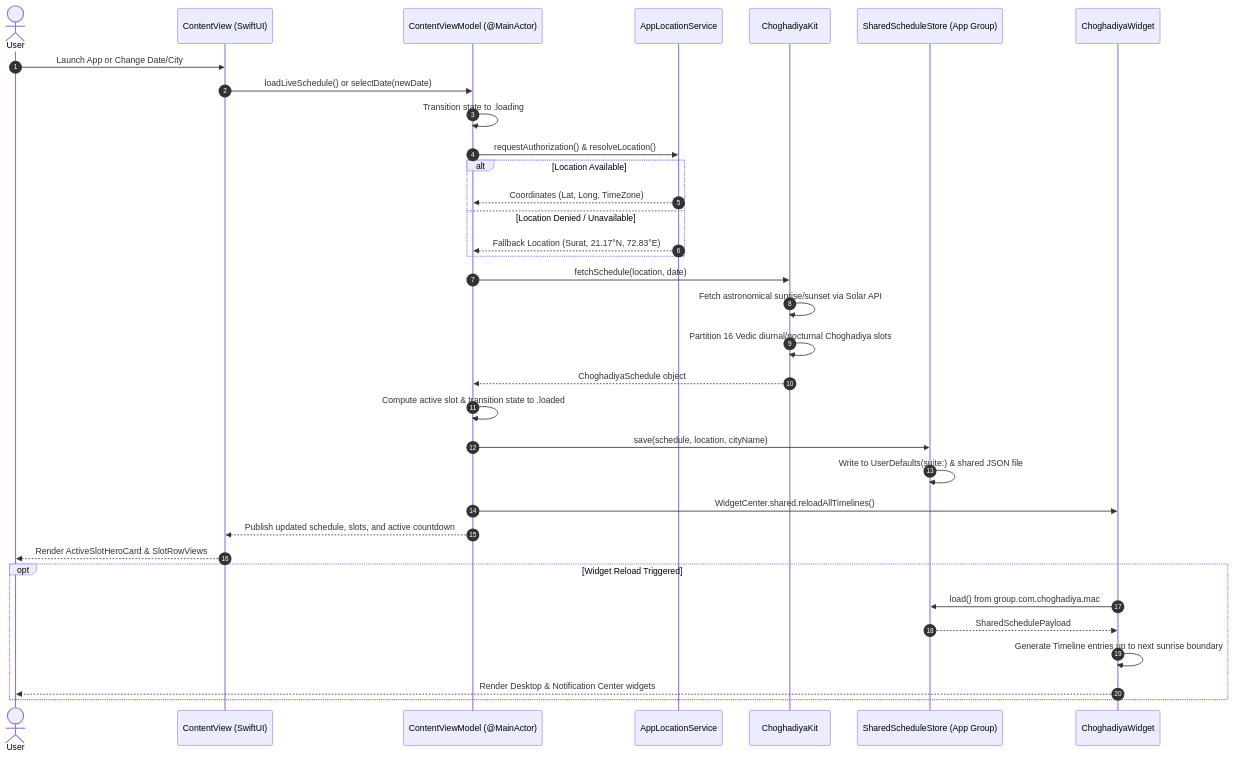
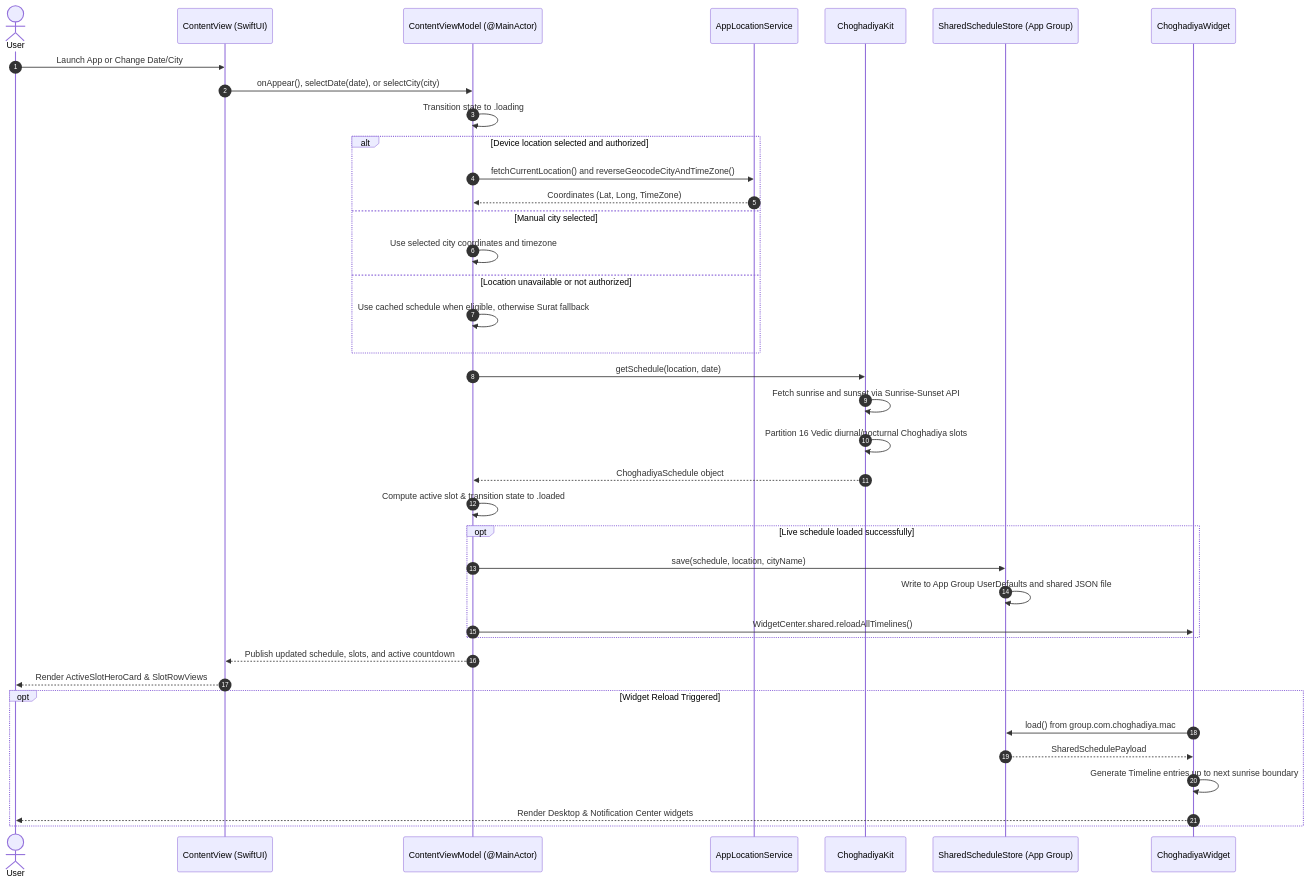
Before and after one commit to bhargavkukadiya/ChoghadiyaMac: the second of 2 diagrams in ARCHITECTURE.md, drawn with Mermaid. The commit also changed other lines of this file and 5 other files, not shown here.

````diff
--- a/ARCHITECTURE.md
+++ b/ARCHITECTURE.md
@@ -104,41 +104,45 @@
 ```mermaid
 sequenceDiagram
     autonumber
     actor User
     participant App as ContentView (SwiftUI)
     participant VM as ContentViewModel (@MainActor)
     participant Loc as AppLocationService
     participant Engine as ChoghadiyaKit
     participant Store as SharedScheduleStore (App Group)
     participant Widget as ChoghadiyaWidget
 
     User->>App: Launch App or Change Date/City
-    App->>VM: loadLiveSchedule() or selectDate(newDate)
+    App->>VM: onAppear(), selectDate(date), or selectCity(city)
     VM->>VM: Transition state to .loading
-    VM->>Loc: requestAuthorization() & resolveLocation()
 
-    alt Location Available
+    alt Device location selected and authorized
+        VM->>Loc: fetchCurrentLocation() and reverseGeocodeCityAndTimeZone()
         Loc-->>VM: Coordinates (Lat, Long, TimeZone)
-    else Location Denied / Unavailable
-        Loc-->>VM: Fallback Location (Surat, 21.17°N, 72.83°E)
+    else Manual city selected
+        VM->>VM: Use selected city coordinates and timezone
+    else Location unavailable or not authorized
+        VM->>VM: Use cached schedule when eligible, otherwise Surat fallback
     end
 
-    VM->>Engine: fetchSchedule(location, date)
-    Engine->>Engine: Fetch astronomical sunrise/sunset via Solar API
+    VM->>Engine: getSchedule(location, date)
+    Engine->>Engine: Fetch sunrise and sunset via Sunrise-Sunset API
     Engine->>Engine: Partition 16 Vedic diurnal/nocturnal Choghadiya slots
     Engine-->>VM: ChoghadiyaSchedule object
 
     VM->>VM: Compute active slot & transition state to .loaded
-    VM->>Store: save(schedule, location, cityName)
-    Store->>Store: Write to UserDefaults(suite:) & shared JSON file
-    VM->>Widget: WidgetCenter.shared.reloadAllTimelines()
+    opt Live schedule loaded successfully
+        VM->>Store: save(schedule, location, cityName)
+        Store->>Store: Write to App Group UserDefaults and shared JSON file
+        VM->>Widget: WidgetCenter.shared.reloadAllTimelines()
+    end
     VM-->>App: Publish updated schedule, slots, and active countdown
     App-->>User: Render ActiveSlotHeroCard & SlotRowViews
 
     opt Widget Reload Triggered
         Widget->>Store: load() from group.com.choghadiya.mac
         Store-->>Widget: SharedSchedulePayload
         Widget->>Widget: Generate Timeline entries up to next sunrise boundary
         Widget-->>User: Render Desktop & Notification Center widgets
     end
 ```
````
